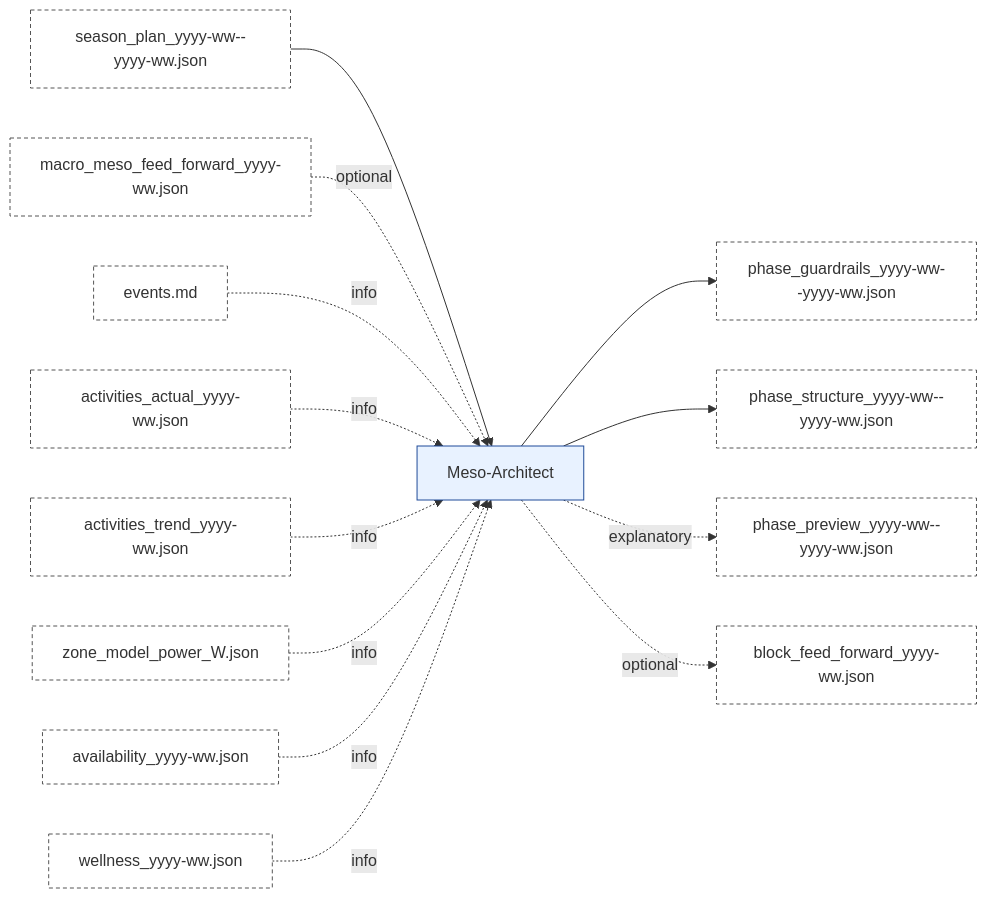
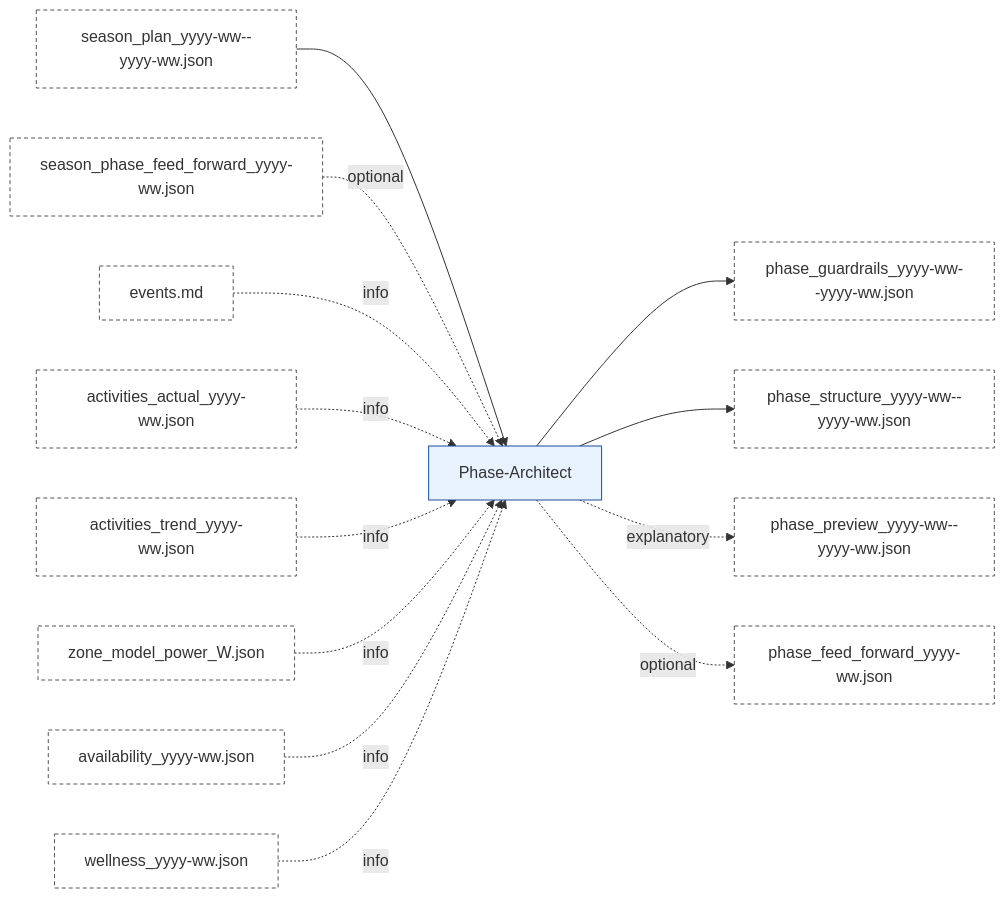
One commit to albauer-priv/RPS changed the fourth of 8 diagrams in doc/artefact_flow_overview_and_detail.md. Above: the diagram before and after it, drawn with Mermaid. The commit also changed other lines of this file and 148 other files, not shown here.

Commit message:
Finalize season/phase/week renames

````diff
--- a/doc/artefact_flow_overview_and_detail.md
+++ b/doc/artefact_flow_overview_and_detail.md
@@ -216,19 +216,19 @@
 ```mermaid
 flowchart LR
-  MO[season_plan_yyyy-ww--yyyy-ww.json]:::artefact --> ME[Meso-Architect]:::agent
-  MMFF[macro_meso_feed_forward_yyyy-ww.json]:::artefact -. optional .-> ME
+  MO[season_plan_yyyy-ww--yyyy-ww.json]:::artefact --> ME[Phase-Architect]:::agent
+  SPFF[season_phase_feed_forward_yyyy-ww.json]:::artefact -. optional .-> ME
   EV[events.md]:::artefact -. info .-> ME
   AA[activities_actual_yyyy-ww.json]:::artefact -. info .-> ME
   AT[activities_trend_yyyy-ww.json]:::artefact -. info .-> ME
   ZM[zone_model_power_<FTP>W.json]:::artefact -. info .-> ME
   AV[availability_yyyy-ww.json]:::artefact -. info .-> ME
   WL[wellness_yyyy-ww.json]:::artefact -. info .-> ME
 
   ME --> BG[phase_guardrails_yyyy-ww--yyyy-ww.json]:::artefact
   ME --> BEA[phase_structure_yyyy-ww--yyyy-ww.json]:::artefact
   ME -. explanatory .-> BEP[phase_preview_yyyy-ww--yyyy-ww.json]:::artefact
-  ME -. optional .-> BFF[block_feed_forward_yyyy-ww.json]:::artefact
+  ME -. optional .-> BFF[phase_feed_forward_yyyy-ww.json]:::artefact
 
   classDef agent fill:#e8f2ff,stroke:#1f4b99,stroke-width:1px;
   classDef artefact fill:#ffffff,stroke:#555,stroke-dasharray: 4 3,stroke-width:1px;
 ```
````
